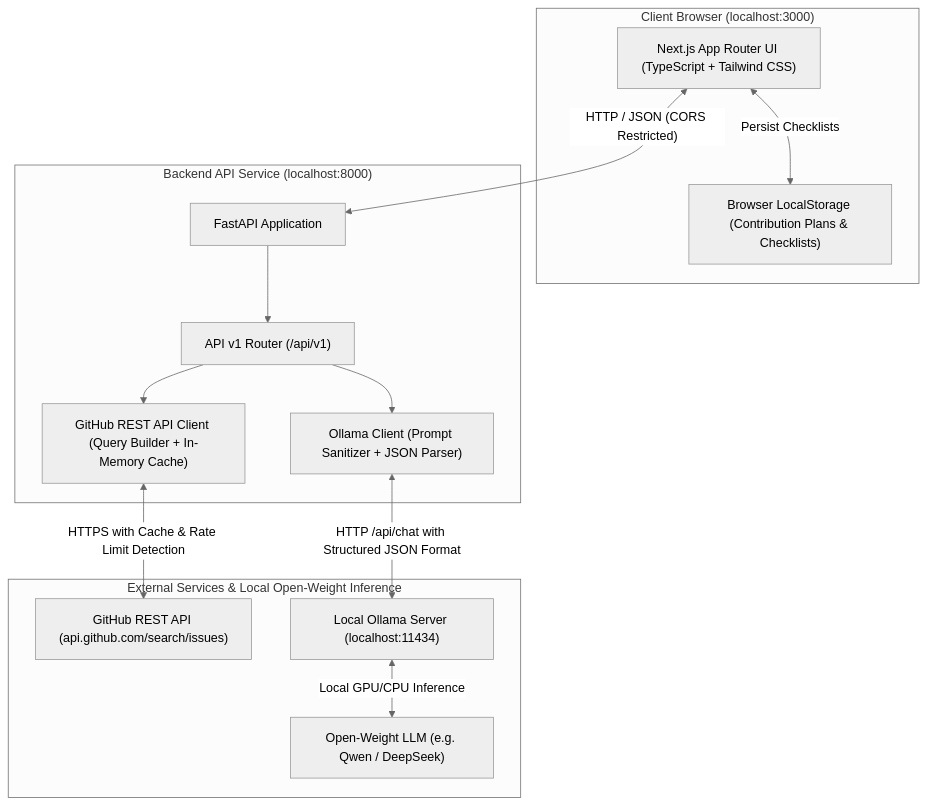
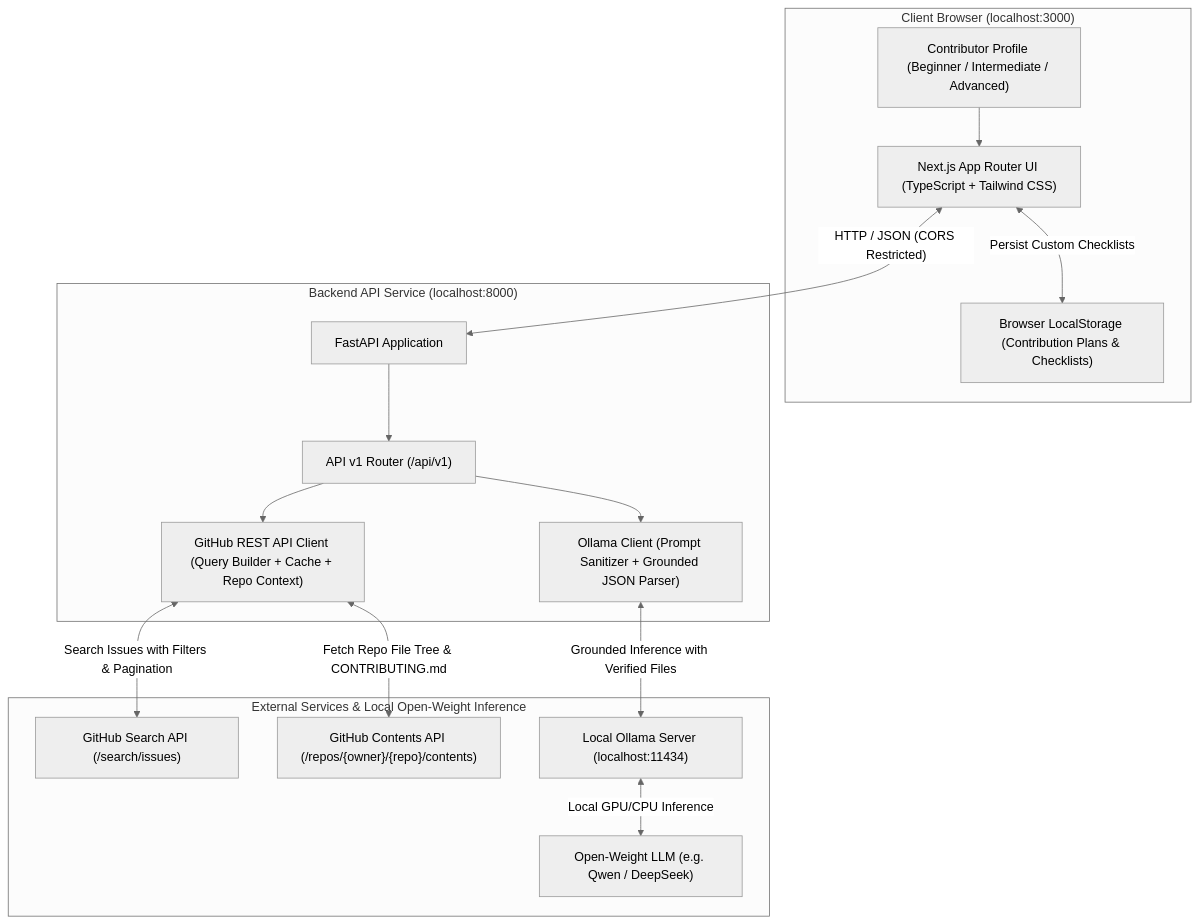
Before and after one commit to swapnil1222589/OpenSourceNavigatorAI: the diagram in docs/architecture.md, drawn with Mermaid (neutral theme). The commit also changed other lines of this file and 17 other files, not shown here.

Commit message:
feat: add repo filtering, page pagination, repository-aware AI analysis, custom checklist tasks, and markdown export

````diff
--- a/docs/architecture.md
+++ b/docs/architecture.md
@@ -9,29 +9,33 @@
 ```mermaid
 flowchart TD
     subgraph Client ["Client Browser (localhost:3000)"]
         UI["Next.js App Router UI (TypeScript + Tailwind CSS)"]
         LocalStorage["Browser LocalStorage (Contribution Plans & Checklists)"]
+        SkillProfile["Contributor Profile (Beginner / Intermediate / Advanced)"]
     end
 
     subgraph Backend ["Backend API Service (localhost:8000)"]
         FastAPI["FastAPI Application"]
         Router["API v1 Router (/api/v1)"]
-        GHClient["GitHub REST API Client (Query Builder + In-Memory Cache)"]
-        OllamaClient["Ollama Client (Prompt Sanitizer + JSON Parser)"]
+        GHClient["GitHub REST API Client (Query Builder + Cache + Repo Context)"]
+        OllamaClient["Ollama Client (Prompt Sanitizer + Grounded JSON Parser)"]
     end
 
     subgraph External ["External Services & Local Open-Weight Inference"]
-        GitHubAPI["GitHub REST API (api.github.com/search/issues)"]
+        GitHubSearch["GitHub Search API (/search/issues)"]
+        GitHubRepo["GitHub Contents API (/repos/{owner}/{repo}/contents)"]
         Ollama["Local Ollama Server (localhost:11434)"]
         Model["Open-Weight LLM (e.g. Qwen / DeepSeek)"]
     end
 
     UI <-->|"HTTP / JSON (CORS Restricted)"| FastAPI
-    UI <-->|"Persist Checklists"| LocalStorage
+    UI <-->|"Persist Custom Checklists"| LocalStorage
+    SkillProfile --> UI
     FastAPI --> Router
     Router --> GHClient
     Router --> OllamaClient
-    GHClient <-->|"HTTPS with Cache & Rate Limit Detection"| GitHubAPI
-    OllamaClient <-->|"HTTP /api/chat with Structured JSON Format"| Ollama
+    GHClient <-->|"Search Issues with Filters & Pagination"| GitHubSearch
+    GHClient <-->|"Fetch Repo File Tree & CONTRIBUTING.md"| GitHubRepo
+    OllamaClient <-->|"Grounded Inference with Verified Files"| Ollama
     Ollama <-->|"Local GPU/CPU Inference"| Model
 ```
````
